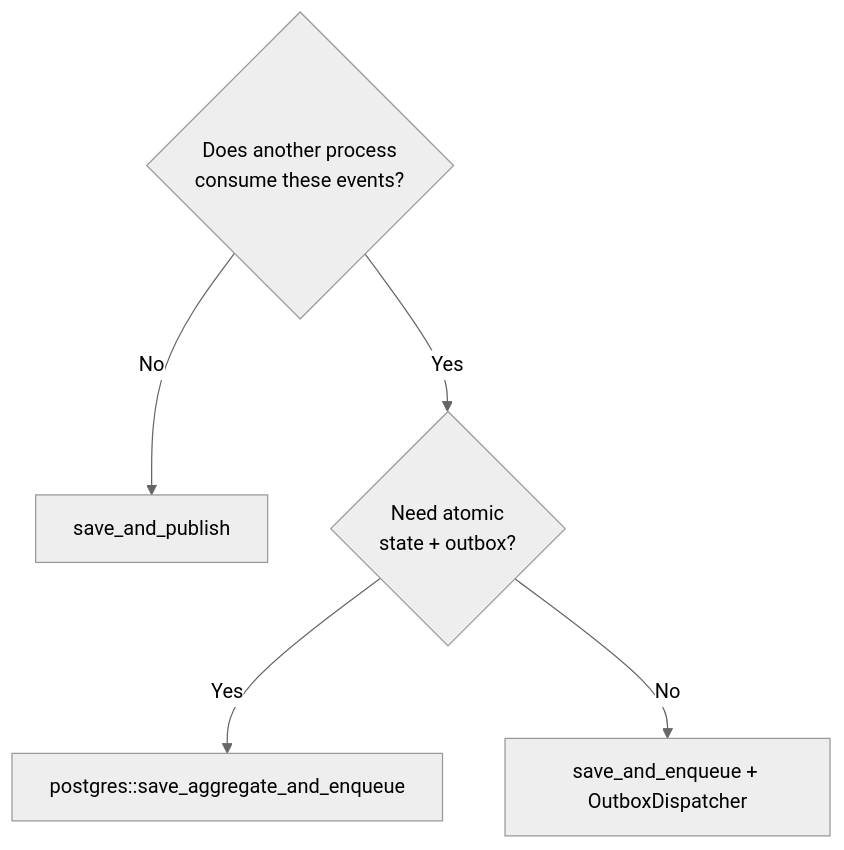
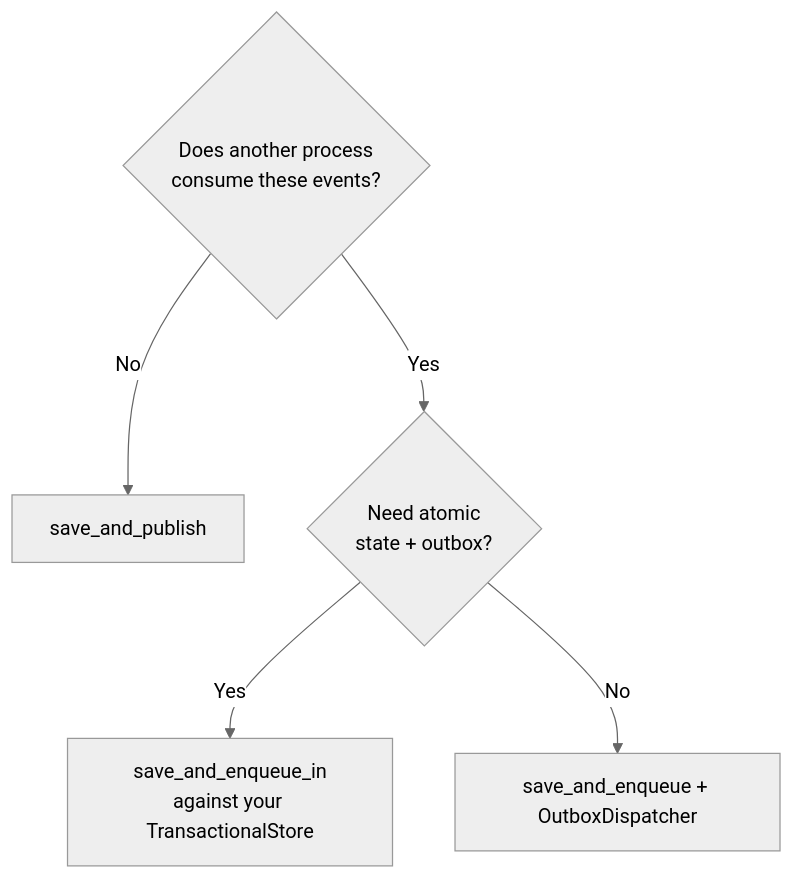
Before and after one commit to lisboaigor/pharos-rs: the diagram in docs/guide/decision-matrix.md, drawn with Mermaid (neutral theme). The commit also changed other lines of this file and 19 other files, not shown here.

````diff
--- a/docs/guide/decision-matrix.md
+++ b/docs/guide/decision-matrix.md
@@ -59,8 +79,8 @@
 ```mermaid
 flowchart TD
     Q{Does another process<br/>consume these events?}
     Q -->|No| P[save_and_publish]
     Q -->|Yes| T{Need atomic<br/>state + outbox?}
-    T -->|Yes| A[postgres::save_aggregate_and_enqueue]
+    T -->|Yes| A[save_and_enqueue_in<br/>against your TransactionalStore]
     T -->|No| E[save_and_enqueue + OutboxDispatcher]
 ```
````
